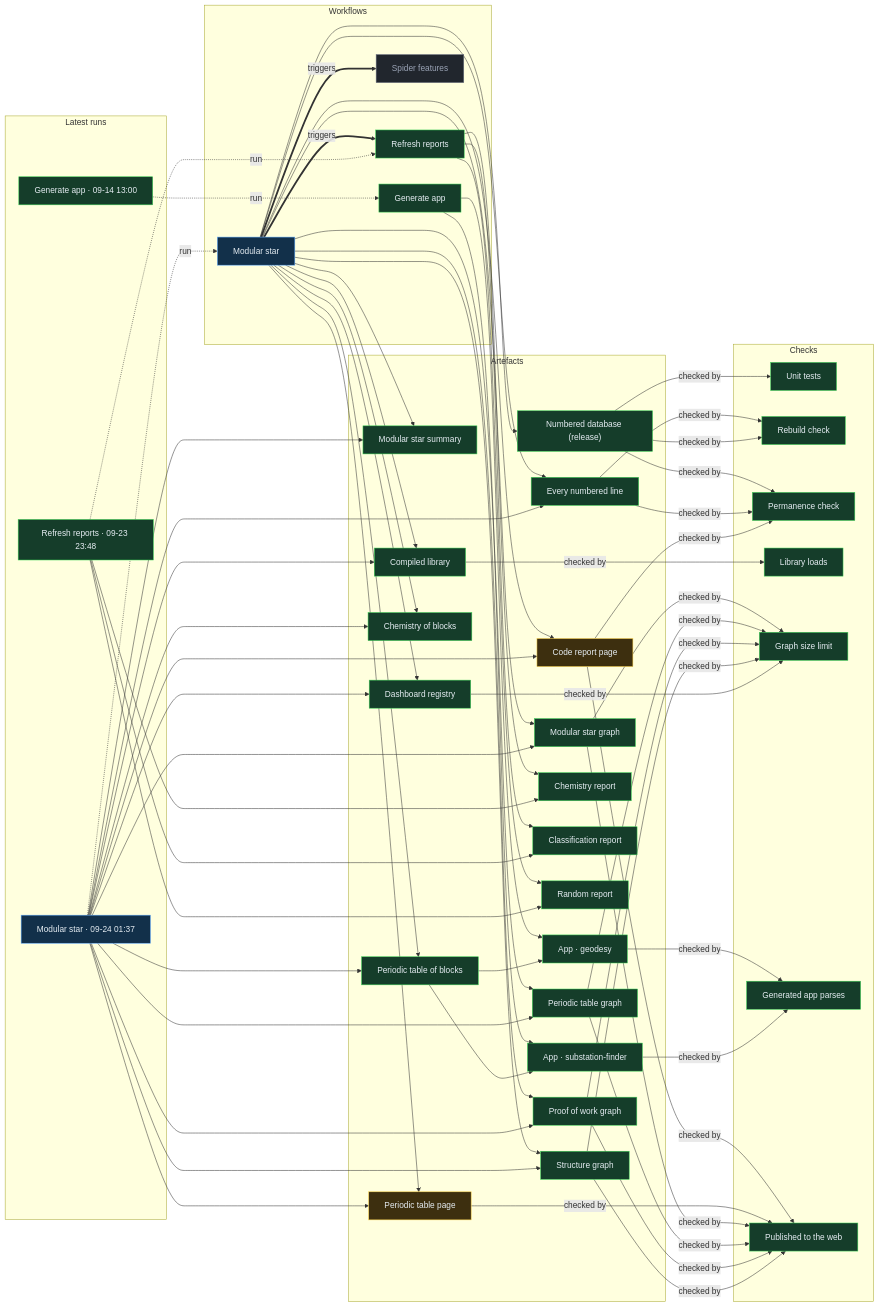
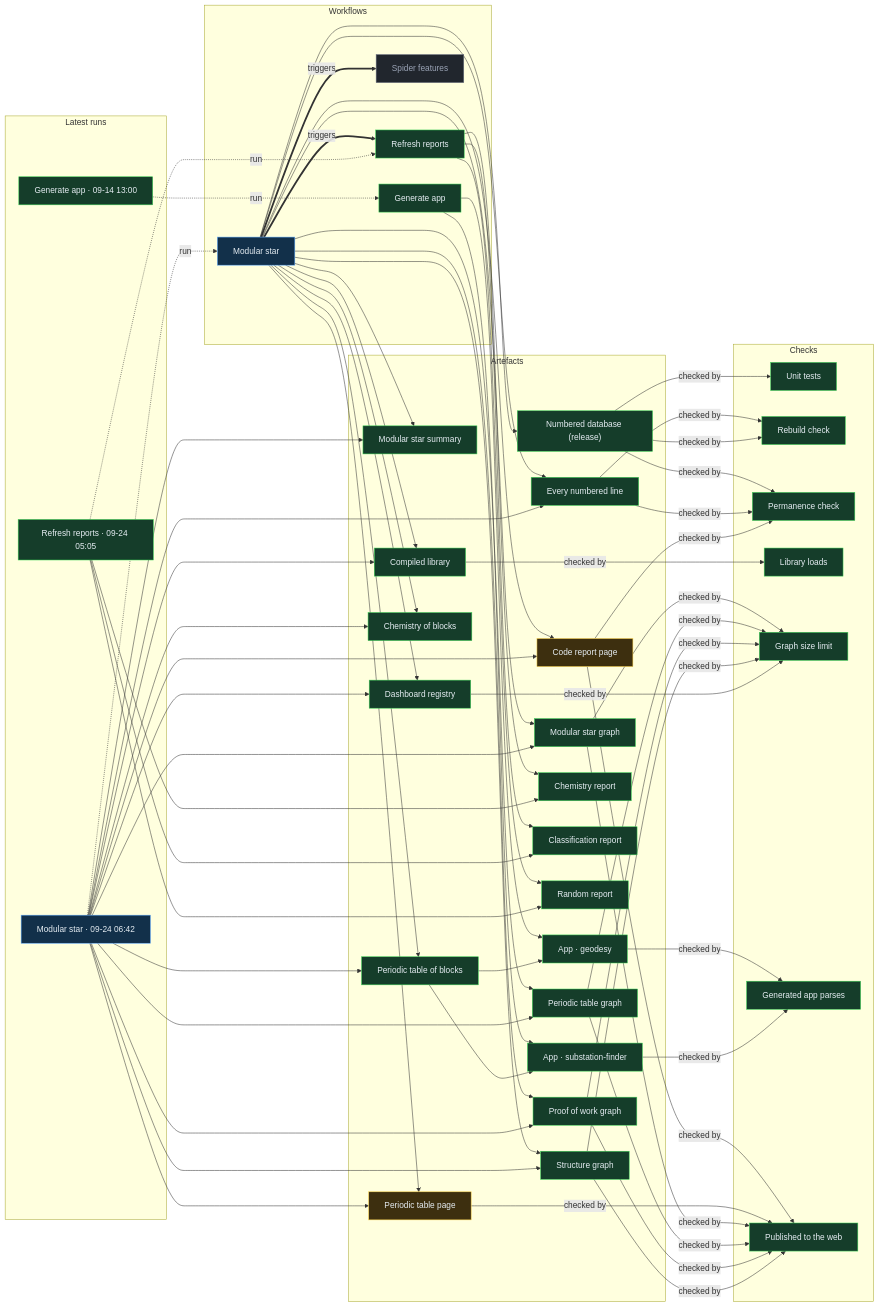
The diagram in proof/PROOF.md (Ventusltd/stars), drawn with Mermaid before and after one commit. The commit also changed other lines of this file and 35 other files, not shown here.

Commit message:
Modular star 2026-09-24T06:45Z

```diff
--- a/proof/PROOF.md
+++ b/proof/PROOF.md
@@ -24,8 +24,8 @@
   n_wf_spider_features["Spider features"]:::off
   end
   subgraph g_runs["Latest runs"]
-  n_run_35943757064["Modular star · 09-24 01:37"]:::live
-  n_run_35935370760["Refresh reports · 09-23 23:48"]:::ok
+  n_run_35965832587["Modular star · 09-24 06:42"]:::live
+  n_run_35958380351["Refresh reports · 09-24 05:05"]:::ok
   n_run_34846587798["Generate app · 09-14 13:00"]:::ok
   end
   subgraph g_artefacts["Artefacts"]
@@ -59,39 +59,39 @@
   end
   n_wf_modular_star == triggers ==> n_wf_refresh
   n_wf_modular_star == triggers ==> n_wf_spider_features
-  n_run_35943757064 -. run .-> n_wf_modular_star
-  n_run_35935370760 -. run .-> n_wf_refresh
+  n_run_35965832587 -. run .-> n_wf_modular_star
+  n_run_35958380351 -. run .-> n_wf_refresh
   n_run_34846587798 -. run .-> n_wf_generate
   n_wf_modular_star --> n_art_summary
-  n_run_35943757064 --> n_art_summary
+  n_run_35965832587 --> n_art_summary
   n_wf_modular_star --> n_art_lines
-  n_run_35943757064 --> n_art_lines
+  n_run_35965832587 --> n_art_lines
   n_wf_modular_star --> n_art_code
-  n_run_35943757064 --> n_art_code
+  n_run_35965832587 --> n_art_code
   n_wf_modular_star --> n_art_modular_graph
-  n_run_35943757064 --> n_art_modular_graph
+  n_run_35965832587 --> n_art_modular_graph
   n_wf_modular_star --> n_art_blocks
-  n_run_35943757064 --> n_art_blocks
+  n_run_35965832587 --> n_art_blocks
   n_wf_modular_star --> n_art_table
-  n_run_35943757064 --> n_art_table
+  n_run_35965832587 --> n_art_table
   n_wf_modular_star --> n_art_blocks_graph
-  n_run_35943757064 --> n_art_blocks_graph
+  n_run_35965832587 --> n_art_blocks_graph
   n_wf_modular_star --> n_art_reactions
-  n_run_35943757064 --> n_art_reactions
+  n_run_35965832587 --> n_art_reactions
   n_wf_modular_star --> n_art_library
-  n_run_35943757064 --> n_art_library
+  n_run_35965832587 --> n_art_library
   n_wf_modular_star --> n_art_features
-  n_run_35943757064 --> n_art_features
+  n_run_35965832587 --> n_art_features
   n_wf_modular_star --> n_art_proof
-  n_run_35943757064 --> n_art_proof
+  n_run_35965832587 --> n_art_proof
   n_wf_modular_star --> n_art_structure
-  n_run_35943757064 --> n_art_structure
+  n_run_35965832587 --> n_art_structure
   n_wf_refresh --> n_art_chemistry
-  n_run_35935370760 --> n_art_chemistry
+  n_run_35958380351 --> n_art_chemistry
   n_wf_refresh --> n_art_vedic
-  n_run_35935370760 --> n_art_vedic
+  n_run_35958380351 --> n_art_vedic
   n_wf_refresh --> n_art_random
-  n_run_35935370760 --> n_art_random
+  n_run_35958380351 --> n_art_random
   n_wf_modular_star --> n_art_release
   n_wf_generate --> n_app_geodesy
   n_art_blocks --> n_app_geodesy
```
